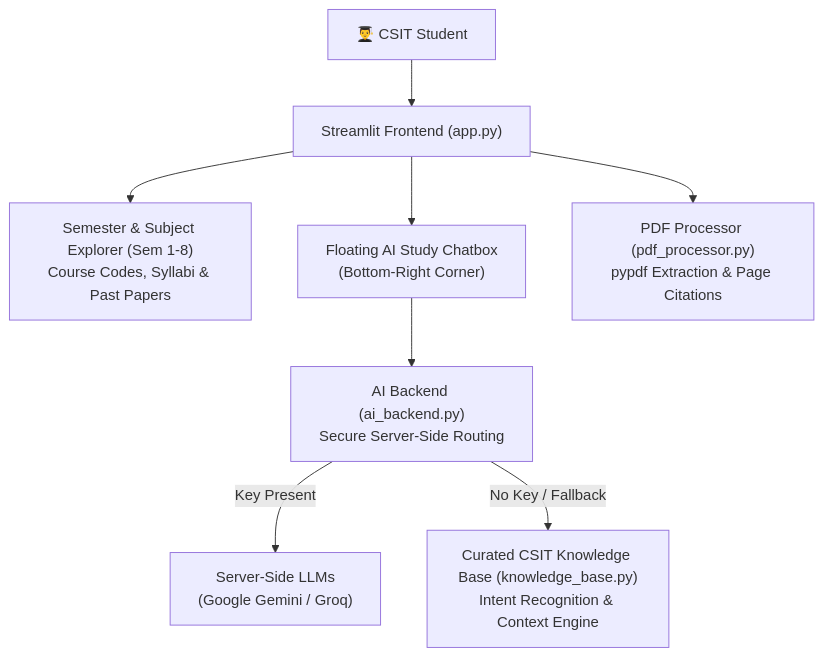
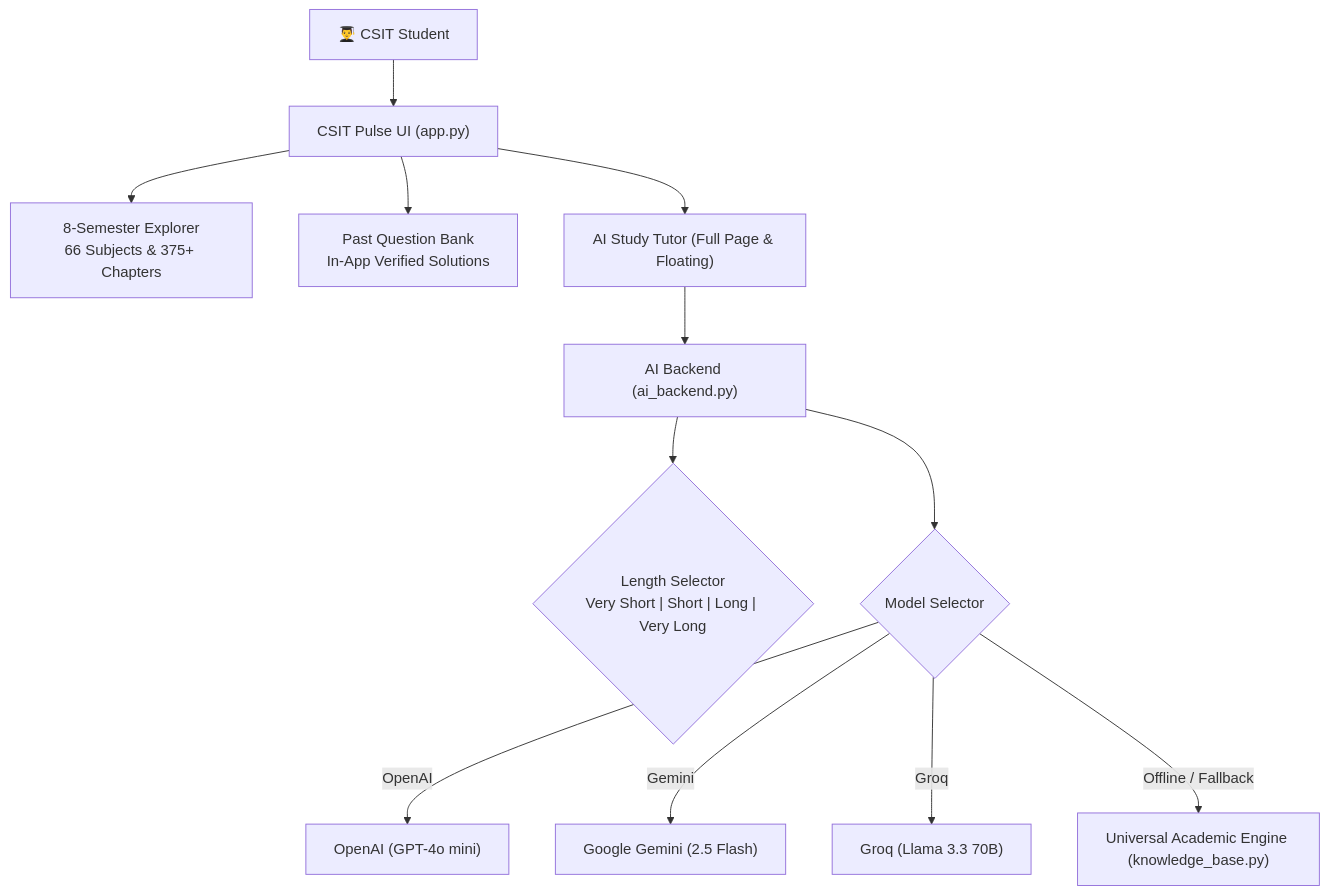
The diagram in README.md (hola-mundo999/ai-csit-study-assistant), drawn with Mermaid before and after one commit. The commit also changed other lines of this file, not shown here.

Commit message:
docs: update README with CSIT Pulse features and deployment guide

````diff
--- a/README.md
+++ b/README.md
@@ -33,10 +34,14 @@
 ```mermaid
 flowchart TD
-    User["👨‍🎓 CSIT Student"] --> UI["Streamlit Frontend (app.py)"]
-    UI --> Nav["Semester & Subject Explorer (Sem 1-8)<br>Course Codes, Syllabi & Past Papers"]
-    UI --> FloatChat["Floating AI Study Chatbox<br>(Bottom-Right Corner)"]
-    FloatChat --> Backend["AI Backend (ai_backend.py)<br>Secure Server-Side Routing"]
-    Backend -->|Key Present| CloudLLM["Server-Side LLMs<br>(Google Gemini / Groq)"]
-    Backend -->|No Key / Fallback| KB["Curated CSIT Knowledge Base (knowledge_base.py)<br>Intent Recognition & Context Engine"]
-    UI --> PDF["PDF Processor (pdf_processor.py)<br>pypdf Extraction & Page Citations"]
+    User["👨‍🎓 CSIT Student"] --> UI["CSIT Pulse UI (app.py)"]
+    UI --> Nav["8-Semester Explorer<br>66 Subjects & 375+ Chapters"]
+    UI --> QBank["Past Question Bank<br>In-App Verified Solutions"]
+    UI --> Tutor["AI Study Tutor (Full Page & Floating)"]
+    Tutor --> Backend["AI Backend (ai_backend.py)"]
+    Backend --> Mode{"Length Selector<br>Very Short | Short | Long | Very Long"}
+    Backend --> Provider{"Model Selector"}
+    Provider -->|OpenAI| OAI["OpenAI (GPT-4o mini)"]
+    Provider -->|Gemini| GEM["Google Gemini (2.5 Flash)"]
+    Provider -->|Groq| GRQ["Groq (Llama 3.3 70B)"]
+    Provider -->|Offline / Fallback| KB["Universal Academic Engine (knowledge_base.py)"]
 ```
````
